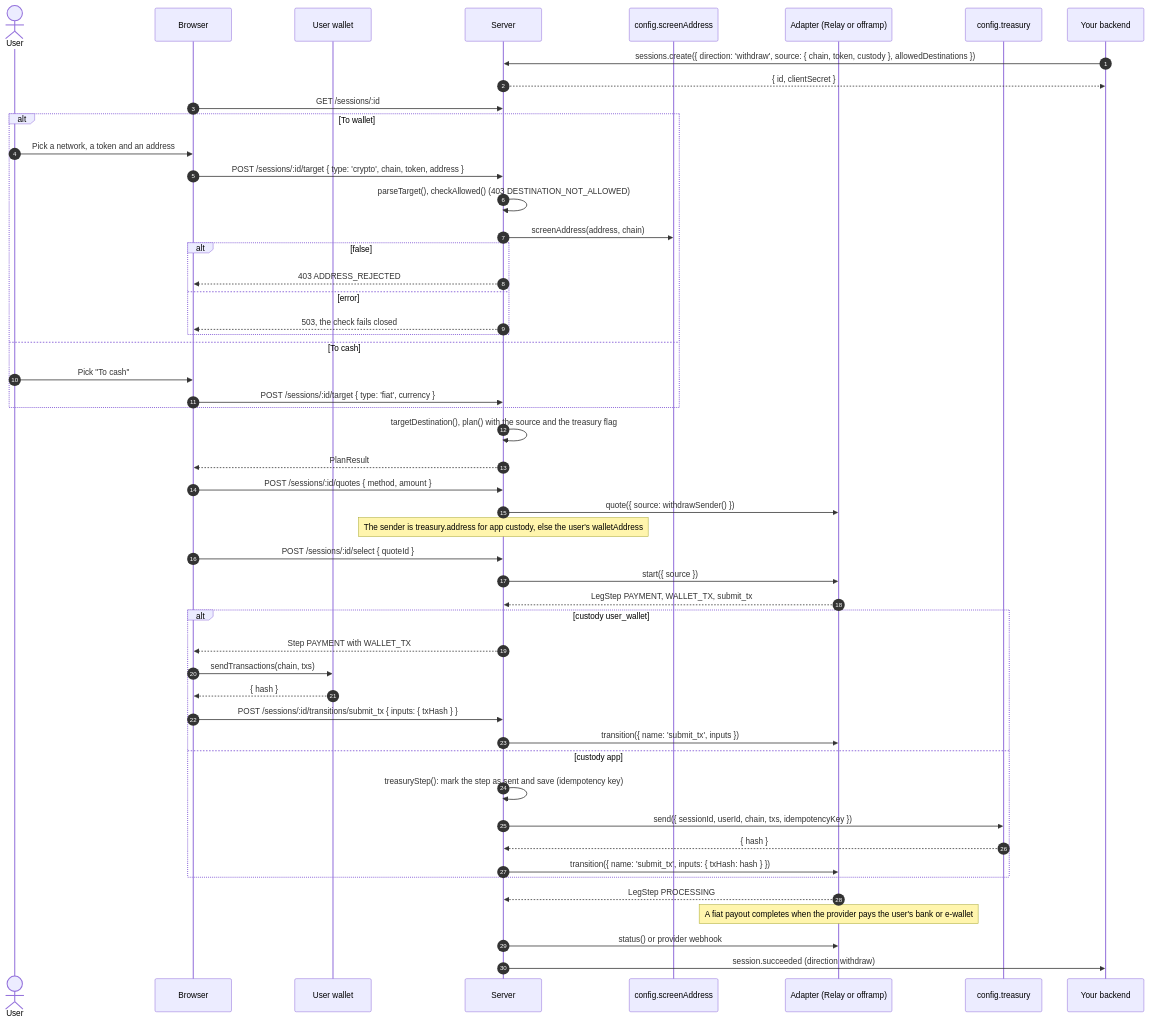
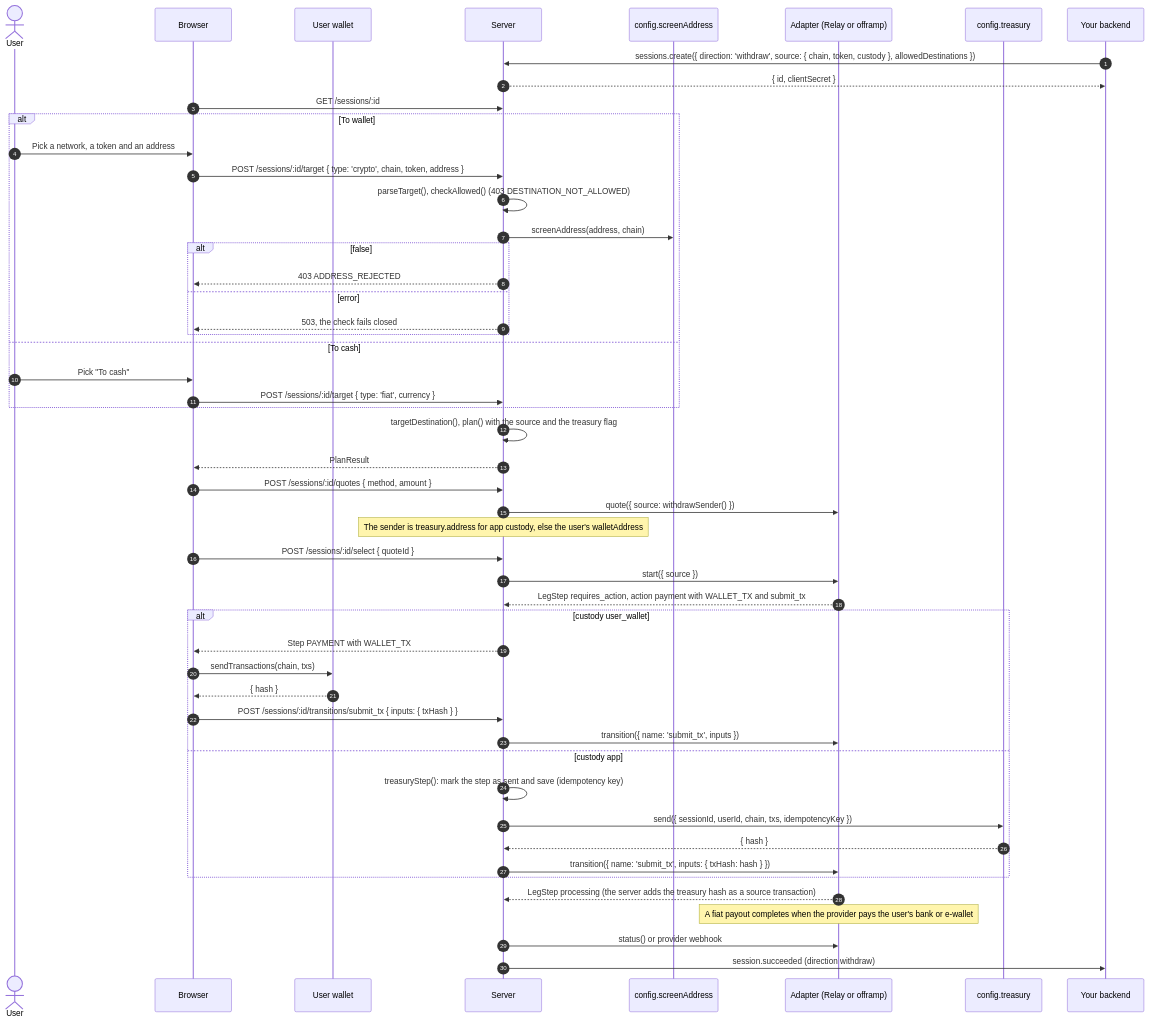
Before and after one commit to yosriady/openrampkit: the ninth of 13 diagrams in docs/concepts/flows.md, drawn with Mermaid. The commit also changed other lines of this file and 39 other files, not shown here.

````diff
--- a/docs/concepts/flows.md
+++ b/docs/concepts/flows.md
@@ -412,53 +412,53 @@
 ```mermaid
 sequenceDiagram
   autonumber
   actor U as User
   participant B as Browser
   participant W as User wallet
   participant S as Server
   participant Scr as config.screenAddress
   participant A as Adapter (Relay or offramp)
   participant Tr as config.treasury
   participant App as Your backend
   App->>S: sessions.create({ direction: 'withdraw', source: { chain, token, custody }, allowedDestinations })
   S-->>App: { id, clientSecret }
   B->>S: GET /sessions/:id
   alt To wallet
     U->>B: Pick a network, a token and an address
     B->>S: POST /sessions/:id/target { type: 'crypto', chain, token, address }
     S->>S: parseTarget(), checkAllowed() (403 DESTINATION_NOT_ALLOWED)
     S->>Scr: screenAddress(address, chain)
     alt false
       S-->>B: 403 ADDRESS_REJECTED
     else error
       S-->>B: 503, the check fails closed
     end
   else To cash
     U->>B: Pick "To cash"
     B->>S: POST /sessions/:id/target { type: 'fiat', currency }
   end
   S->>S: targetDestination(), plan() with the source and the treasury flag
   S-->>B: PlanResult
   B->>S: POST /sessions/:id/quotes { method, amount }
   S->>A: quote({ source: withdrawSender() })
   Note over S: The sender is treasury.address for app custody, else the user's walletAddress
   B->>S: POST /sessions/:id/select { quoteId }
   S->>A: start({ source })
-  A-->>S: LegStep PAYMENT, WALLET_TX, submit_tx
+  A-->>S: LegStep requires_action, action payment with WALLET_TX and submit_tx
   alt custody user_wallet
     S-->>B: Step PAYMENT with WALLET_TX
     B->>W: sendTransactions(chain, txs)
     W-->>B: { hash }
     B->>S: POST /sessions/:id/transitions/submit_tx { inputs: { txHash } }
     S->>A: transition({ name: 'submit_tx', inputs })
   else custody app
     S->>S: treasuryStep(): mark the step as sent and save (idempotency key)
     S->>Tr: send({ sessionId, userId, chain, txs, idempotencyKey })
     Tr-->>S: { hash }
     S->>A: transition({ name: 'submit_tx', inputs: { txHash: hash } })
   end
-  A-->>S: LegStep PROCESSING
+  A-->>S: LegStep processing (the server adds the treasury hash as a source transaction)
   Note over A: A fiat payout completes when the provider pays the user's bank or e-wallet
   S->>A: status() or provider webhook
   S->>App: session.succeeded (direction withdraw)
 ```
````
